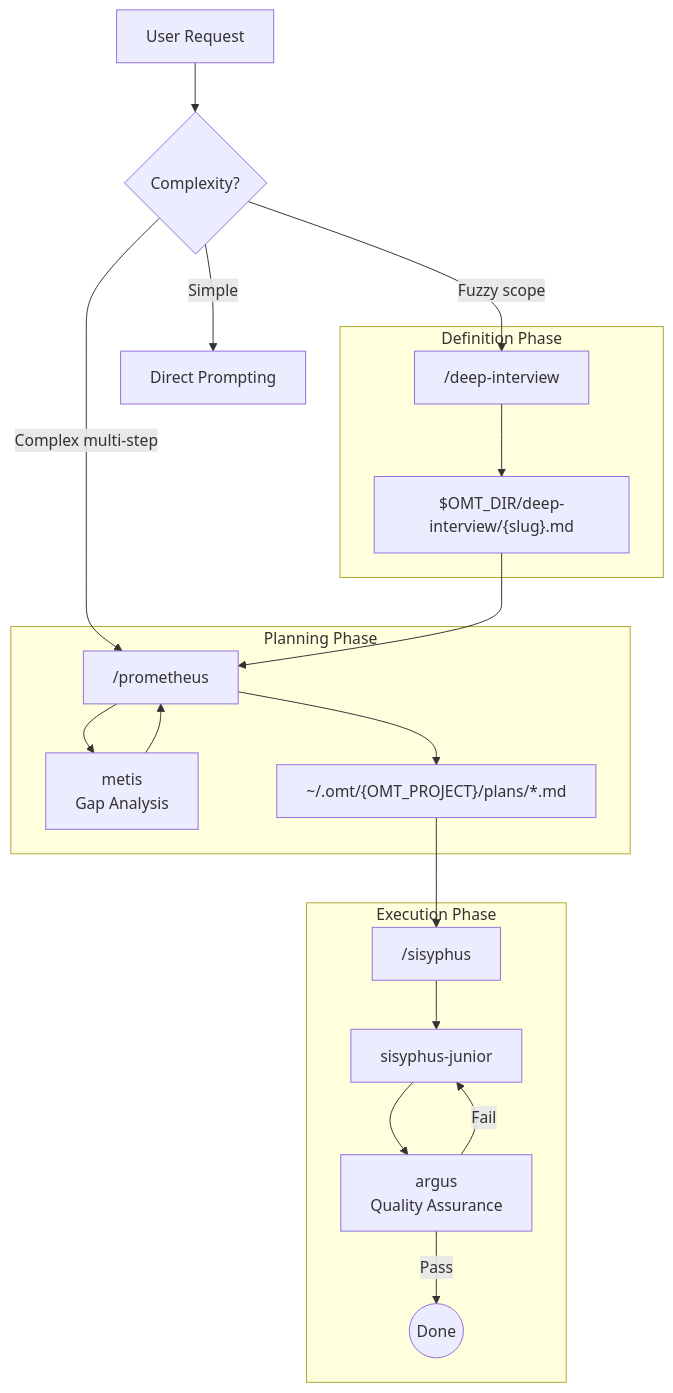
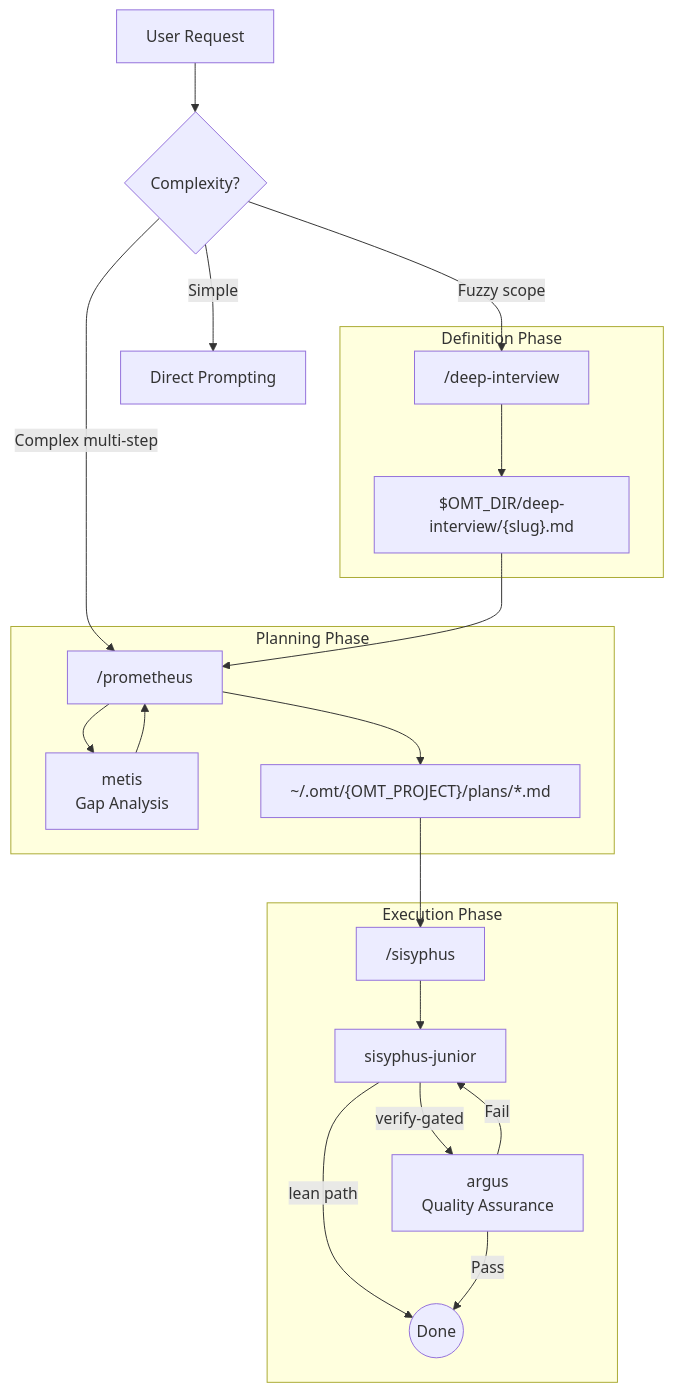
Before and after one commit to toongri/oh-my-toong-playground: the diagram in docs/ORCHESTRATION.en.md, drawn with Mermaid. The commit also changed other lines of this file and 4 other files, not shown here.

````diff
--- a/docs/ORCHESTRATION.en.md
+++ b/docs/ORCHESTRATION.en.md
@@ -50,27 +50,28 @@
 ```mermaid
 flowchart TD
     User[User Request] --> Decision{Complexity?}
 
     Decision -->|Simple| Direct[Direct Prompting]
     Decision -->|Fuzzy scope| DeepInterview["/deep-interview"]
     Decision -->|Complex multi-step| Prometheus
 
     subgraph Definition Phase
         DeepInterview --> SpecFile["$OMT_DIR/deep-interview/{slug}.md"]
     end
 
     subgraph Planning Phase
         SpecFile --> Prometheus["/prometheus"]
         Prometheus --> Metis[metis<br/>Gap Analysis]
         Metis --> Prometheus
         Prometheus --> PlanFile["~/.omt/{OMT_PROJECT}/plans/*.md"]
     end
 
     subgraph Execution Phase
         PlanFile --> Sisyphus["/sisyphus"]
         Sisyphus --> Junior[sisyphus-junior]
-        Junior --> QA[argus<br/>Quality Assurance]
-        QA -->|Pass| Done((Done))
+        Junior -->|verify-gated| QA[argus<br/>Quality Assurance]
+        Junior -->|lean path| Done((Done))
+        QA -->|Pass| Done
         QA -->|Fail| Junior
     end
 ```
````
